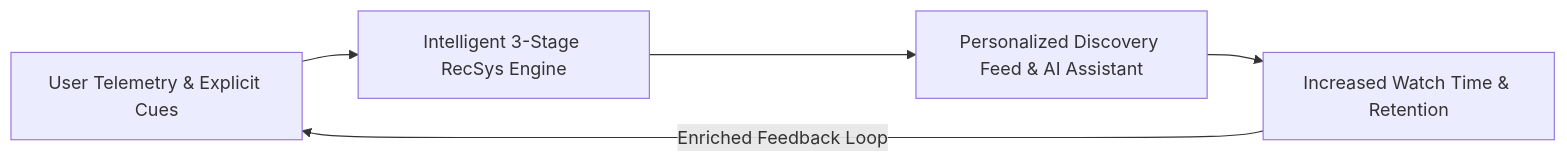
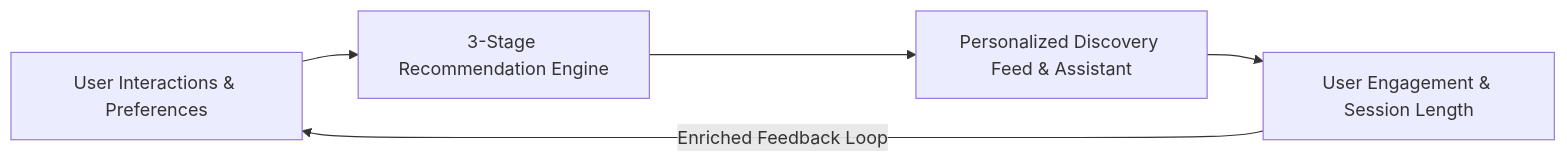
One commit to dducsw/movie-recsys changed the first of 2 diagrams in docs/business-requirements.md. Above: the diagram before and after it, drawn with Mermaid. The commit also changed other lines of this file and 204 other files, not shown here.

````diff
--- a/docs/business-requirements.md
+++ b/docs/business-requirements.md
@@ -11,7 +11,7 @@
 ```mermaid
 flowchart LR
-    A["User Telemetry & Explicit Cues"] --> B["Intelligent 3-Stage RecSys Engine"]
-    B --> C["Personalized Discovery Feed & AI Assistant"]
-    C --> D["Increased Watch Time & Retention"]
+    A["User Interactions & Preferences"] --> B["3-Stage Recommendation Engine"]
+    B --> C["Personalized Discovery Feed & Assistant"]
+    C --> D["User Engagement & Session Length"]
     D -->|"Enriched Feedback Loop"| A
 ```
````
